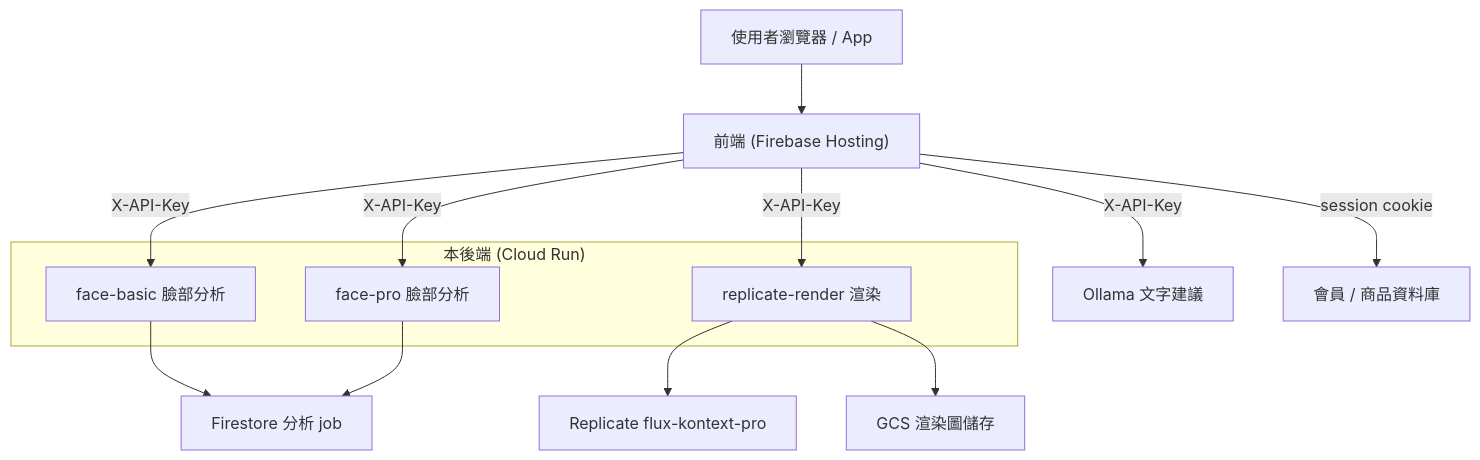
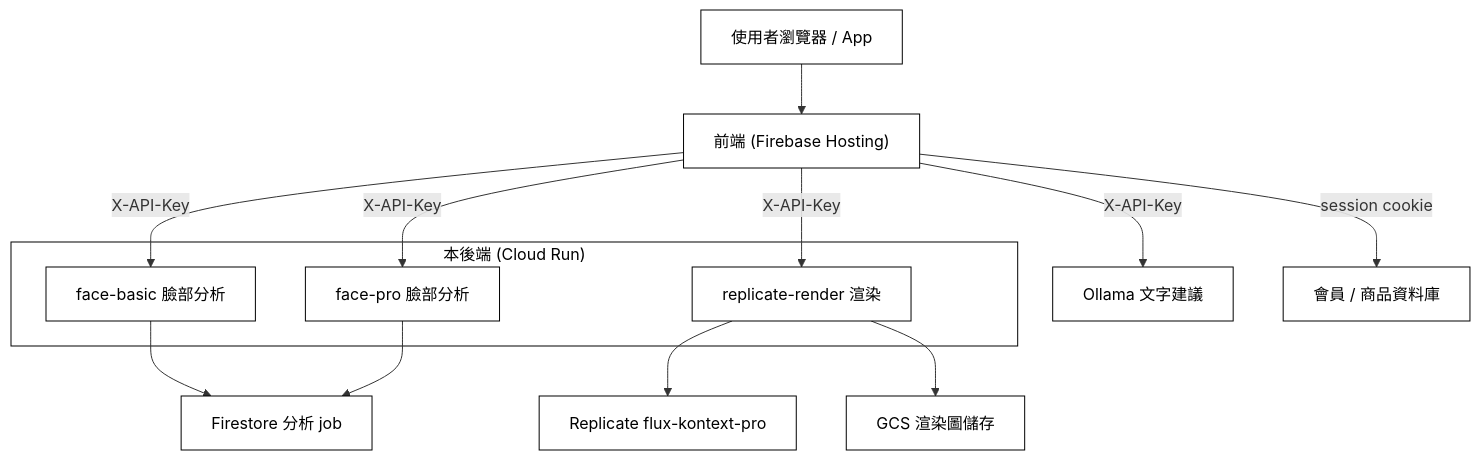
Before and after one commit to vivi930319/DecorateMeAI: the diagram in README.md, drawn with Mermaid.

Commit message:
docs: make architecture diagram monochrome

````diff
--- a/README.md
+++ b/README.md
@@ -16,26 +16,29 @@
 ```mermaid
 flowchart TB
+  classDef n fill:#ffffff,stroke:#000000,color:#000000;
   U["使用者瀏覽器 / App"]
   FE["前端 (Firebase Hosting)"]
   subgraph BE["本後端 (Cloud Run)"]
     FB["face-basic 臉部分析"]
     FP["face-pro 臉部分析"]
     RD["replicate-render 渲染"]
   end
   OLL["Ollama 文字建議"]
   MDB["會員 / 商品資料庫"]
   REP["Replicate flux-kontext-pro"]
   GCS["GCS 渲染圖儲存"]
   FS["Firestore 分析 job"]
 
   U --> FE
   FE -->|X-API-Key| FB
   FE -->|X-API-Key| FP
   FE -->|X-API-Key| RD
   FE -->|X-API-Key| OLL
   FE -->|session cookie| MDB
   FB --> FS
   FP --> FS
   RD --> REP
   RD --> GCS
+  class U,FE,FB,FP,RD,OLL,MDB,REP,GCS,FS n;
+  style BE fill:#ffffff,stroke:#000000,color:#000000;
 ```
````
